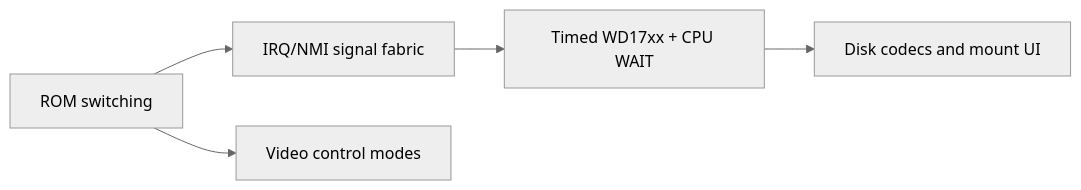
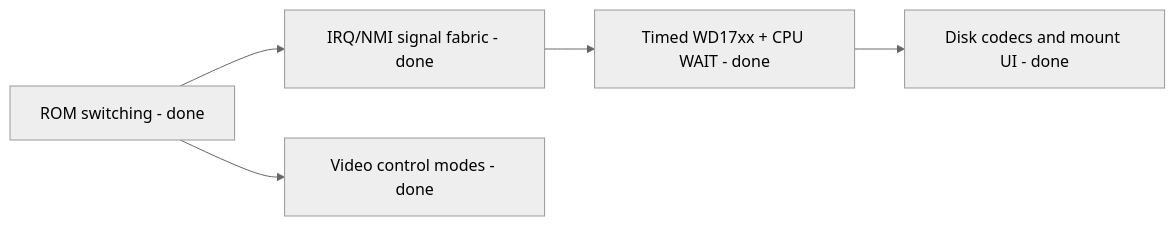
Before and after one commit to fredimachado/heh8080: the diagram in lode/plans/cp500-compatibility-remediation.md, drawn with Mermaid (neutral theme). The commit also changed other lines of this file and 55 other files, not shown here.

````diff
--- a/lode/plans/cp500-compatibility-remediation.md
+++ b/lode/plans/cp500-compatibility-remediation.md
@@ -8,7 +10,7 @@
 ```mermaid
 flowchart LR
-    A[ROM switching] --> B[IRQ/NMI signal fabric]
-    B --> C[Timed WD17xx + CPU WAIT]
-    C --> D[Disk codecs and mount UI]
-    A --> E[Video control modes]
+    A[ROM switching - done] --> B[IRQ/NMI signal fabric - done]
+    B --> C[Timed WD17xx + CPU WAIT - done]
+    C --> D[Disk codecs and mount UI - done]
+    A --> E[Video control modes - done]
 ```
````
